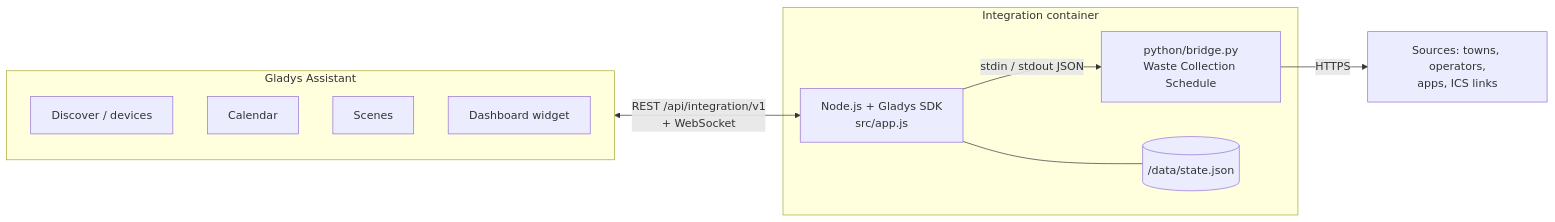
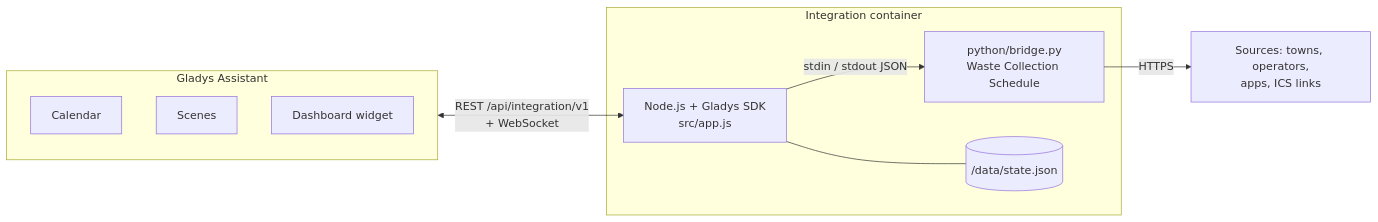
One commit to William-De71/gladys-waste-collection-schedule changed the first of 3 diagrams in README.md. Above: the diagram before and after it, drawn with Mermaid. The commit also changed other lines of this file and 24 other files, not shown here.

````diff
--- a/README.md
+++ b/README.md
@@ -30,19 +29,18 @@
 ```mermaid
 flowchart LR
   subgraph Gladys["Gladys Assistant"]
-    D[Discover / devices]
     C[Calendar]
     S[Scenes]
     W[Dashboard widget]
   end
   subgraph Container["Integration container"]
     N["Node.js + Gladys SDK<br/>src/app.js"]
     P["python/bridge.py<br/>Waste Collection Schedule"]
     F[("/data/state.json")]
   end
   Sources["Sources: towns, operators,<br/>apps, ICS links"]
   Gladys <-- "REST /api/integration/v1<br/>+ WebSocket" --> N
   N -- "stdin / stdout JSON" --> P
   N --- F
   P -- HTTPS --> Sources
 ```
````
